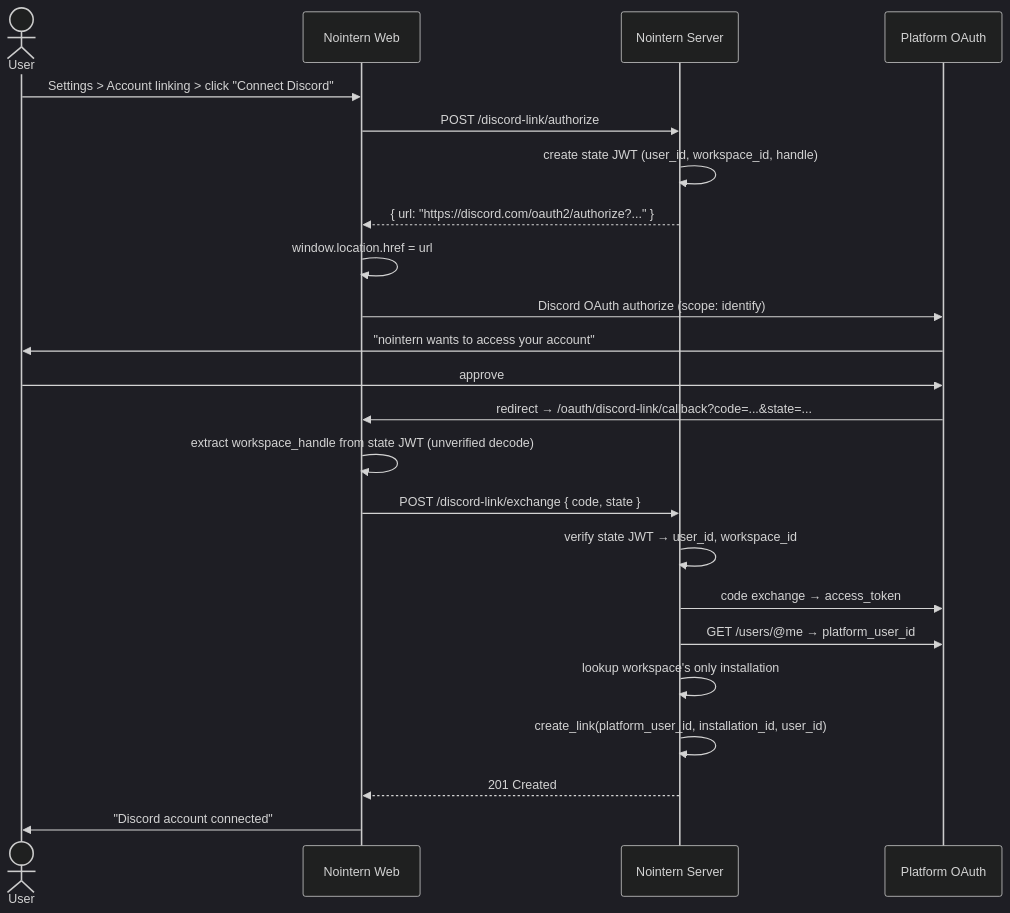
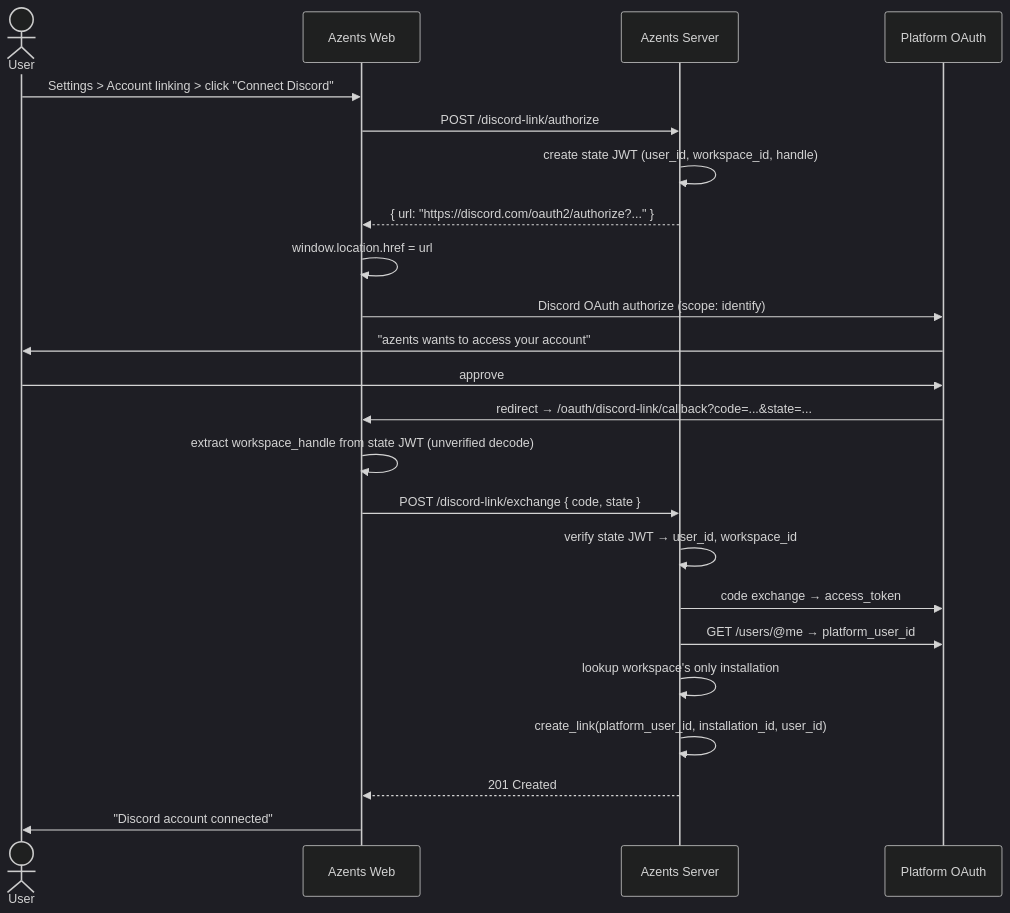
One commit to azents/azents changed the third of 4 diagrams in docs/azents/design/account-260315-account-linking.md. Above: the diagram before and after it, drawn with Mermaid (dark theme). The commit also changed other lines of this file and 245 other files, not shown here.

````diff
--- a/docs/azents/design/account-260315-account-linking.md
+++ b/docs/azents/design/account-260315-account-linking.md
@@ -124,26 +124,26 @@
 ```mermaid
 sequenceDiagram
     actor U as User
-    participant Web as Nointern Web
-    participant Server as Nointern Server
+    participant Web as Azents Web
+    participant Server as Azents Server
     participant OAuth as Platform OAuth
 
     U->>Web: Settings > Account linking > click "Connect Discord"
     Web->>Server: POST /discord-link/authorize
     Server->>Server: create state JWT (user_id, workspace_id, handle)
     Server-->>Web: { url: "https://discord.com/oauth2/authorize?..." }
     Web->>Web: window.location.href = url
     Web->>OAuth: Discord OAuth authorize (scope: identify)
-    OAuth->>U: "nointern wants to access your account"
+    OAuth->>U: "azents wants to access your account"
     U->>OAuth: approve
     OAuth->>Web: redirect → /oauth/discord-link/callback?code=...&state=...
     Web->>Web: extract workspace_handle from state JWT (unverified decode)
     Web->>Server: POST /discord-link/exchange { code, state }
     Server->>Server: verify state JWT → user_id, workspace_id
     Server->>OAuth: code exchange → access_token
     Server->>OAuth: GET /users/@me → platform_user_id
     Server->>Server: lookup workspace's only installation
     Server->>Server: create_link(platform_user_id, installation_id, user_id)
     Server-->>Web: 201 Created
     Web->>U: "Discord account connected"
 ```
````
